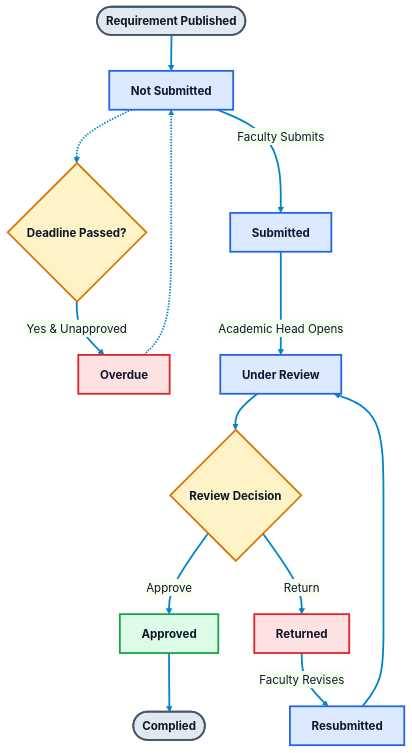
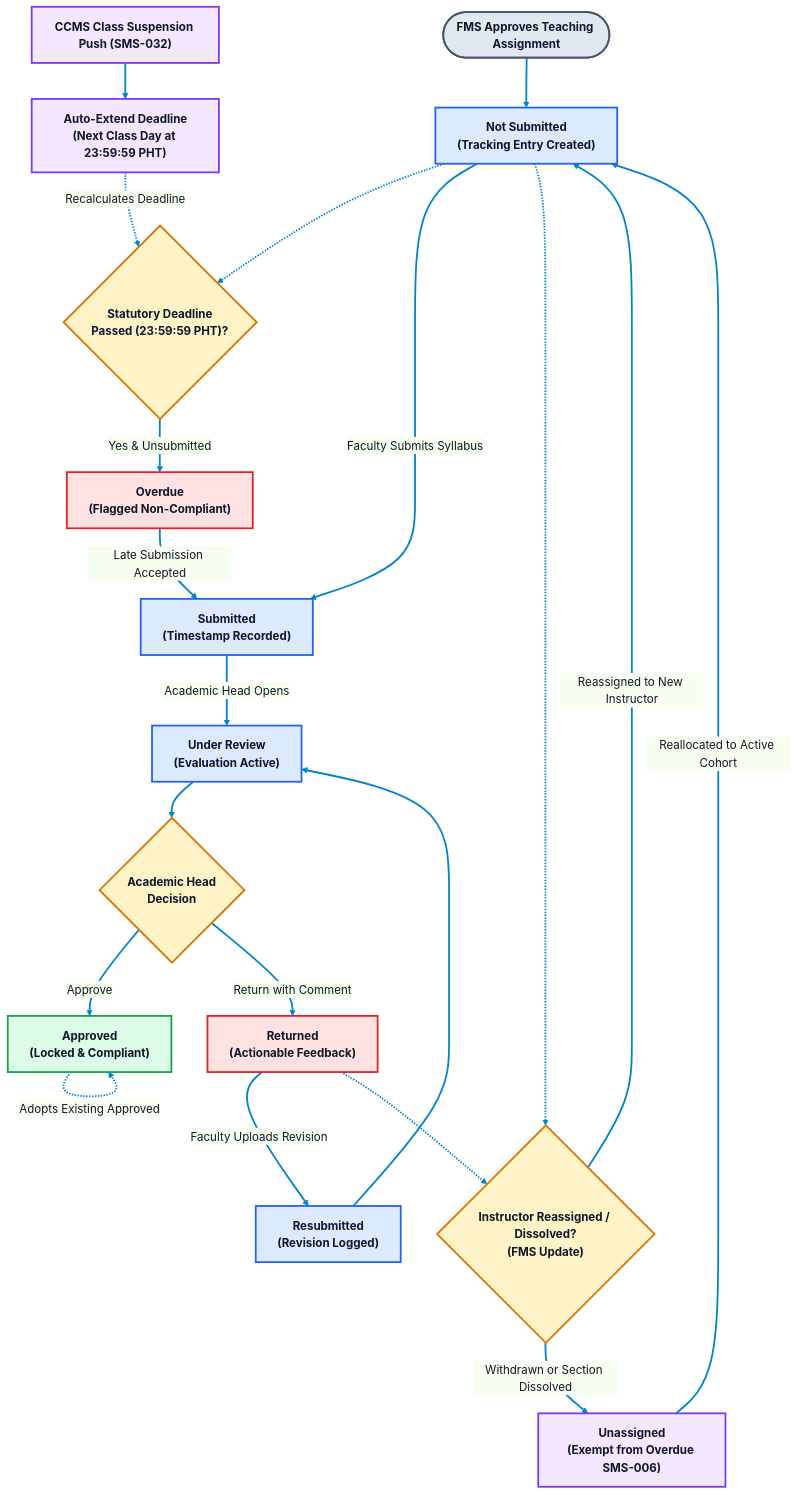
The seventh of 8 diagrams in docs/system_architecture_and_diagrams.md (EducRodTablizo/Capstone-SCMS), drawn with Mermaid before and after one commit. The commit also changed other lines of this file and 33 other files, not shown here.

````diff
--- a/docs/system_architecture_and_diagrams.md
+++ b/docs/system_architecture_and_diagrams.md
@@ -640,39 +675,54 @@
 ```mermaid
 %%{init: {'theme': 'base', 'themeVariables': { 'background': '#FFFFFF', 'primaryColor': '#EFF6FF', 'primaryTextColor': '#0F172A', 'primaryBorderColor': '#1E293B', 'lineColor': '#0284C7' }}}%%
 flowchart TD
     classDef startNode fill:#E2E8F0,stroke:#475569,stroke-width:2.5px,color:#0F172A,font-weight:bold;
     classDef stateNode fill:#DBEAFE,stroke:#2563EB,stroke-width:2.5px,color:#0F172A,font-weight:bold;
     classDef decNode fill:#FEF3C7,stroke:#D97706,stroke-width:2.5px,color:#0F172A,font-weight:bold;
     classDef successNode fill:#DCFCE7,stroke:#16A34A,stroke-width:2.5px,color:#0F172A,font-weight:bold;
     classDef returnNode fill:#FEE2E2,stroke:#DC2626,stroke-width:2.5px,color:#0F172A,font-weight:bold;
+    classDef neutralNode fill:#F3E8FF,stroke:#7C3AED,stroke-width:2.5px,color:#0F172A,font-weight:bold;
 
-    Start([Requirement Published]):::startNode
-    NotSubmitted["Not Submitted"]:::stateNode
+    Start([FMS Approves Teaching Assignment]):::startNode
+    NotSubmitted["Not Submitted<br/>(Tracking Entry Created)"]:::stateNode
     Start --> NotSubmitted
 
-    %% Overdue Timer Evaluation
-    CronCheck{"Deadline Passed?"}:::decNode
+    %% Calendar & Working-Day Deadline Engine (SMS-032 / SMS-033)
+    SuspensionTrigger["CCMS Class Suspension Push (SMS-032)"]:::neutralNode
+    PushoutAction["Auto-Extend Deadline<br/>(Next Class Day at 23:59:59 PHT)"]:::neutralNode
+    SuspensionTrigger --> PushoutAction
+    PushoutAction -.->|Recalculates Deadline| CronCheck
+
+    %% Working-Day Overdue Evaluation (SMS-006)
+    CronCheck{"Statutory Deadline<br/>Passed (23:59:59 PHT)?"}:::decNode
     NotSubmitted -.-> CronCheck
-    CronCheck -- "Yes & Unapproved" --> Overdue["Overdue"]:::returnNode
-    Overdue -.-> NotSubmitted
+    CronCheck -- "Yes & Unsubmitted" --> Overdue["Overdue<br/>(Flagged Non-Compliant)"]:::returnNode
+    Overdue -->|Late Submission Accepted| Submitted["Submitted<br/>(Timestamp Recorded)"]:::stateNode
 
-    %% Submission Event
-    NotSubmitted -->|Faculty Submits| Submitted["Submitted"]:::stateNode
+    %% Normal Faculty Submission
+    NotSubmitted -->|Faculty Submits Syllabus| Submitted
 
-    %% Academic Head Action
-    Submitted -->|Academic Head Opens| UnderReview["Under Review"]:::stateNode
+    %% Single Reviewer Evaluation Workflow
+    Submitted -->|Academic Head Opens| UnderReview["Under Review<br/>(Evaluation Active)"]:::stateNode
 
-    UnderReview --> DecisionNode{"Review Decision"}:::decNode
+    ReviewDecision{"Academic Head<br/>Decision"}:::decNode
+    UnderReview --> ReviewDecision
 
-    %% Approval Path
-    DecisionNode -- "Approve" --> Approved["Approved"]:::successNode
-    Approved --> EndSuccess([Complied]):::startNode
+    ReviewDecision -- "Approve" --> Approved["Approved<br/>(Locked & Compliant)"]:::successNode
+    ReviewDecision -- "Return with Comment" --> Returned["Returned<br/>(Actionable Feedback)"]:::returnNode
 
-    %% Return Path
-    DecisionNode -- "Return" --> Returned["Returned"]:::returnNode
+    %% Resubmission Loop
+    Returned -->|Faculty Uploads Revision| Resubmitted["Resubmitted<br/>(Revision Logged)"]:::stateNode
+    Resubmitted --> UnderReview
 
-    Returned -->|Faculty Revises| Resubmitted["Resubmitted"]:::stateNode
-    Resubmitted --> UnderReview
+    %% Reassignment & Dissolution Lifecycles
+    ReassignCheck{"Instructor Reassigned / Dissolved?<br/>(FMS Update)"}:::decNode
+    NotSubmitted -.-> ReassignCheck
+    Returned -.-> ReassignCheck
+    Approved -.->|Adopts Existing Approved| Approved
+    ReassignCheck -- "Reassigned to New Instructor" --> NotSubmitted
+    ReassignCheck -- "Withdrawn or Section Dissolved" --> Unassigned["Unassigned<br/>(Exempt from Overdue SMS-006)"]:::neutralNode
+
+    Unassigned -->|Reallocated to Active Cohort| NotSubmitted
 
     linkStyle default stroke:#0284C7,stroke-width:2.5px;
 ```
````
